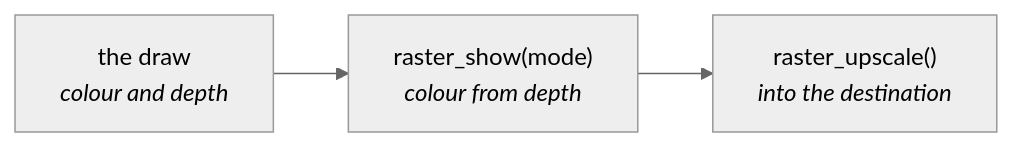
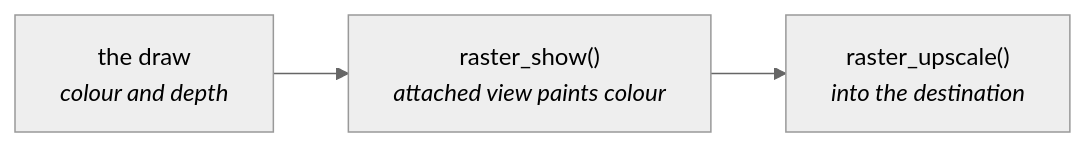
One commit to jose-villegas/autana changed the third of 4 diagrams in docs/render/Mesh-Rendering.md. Above: the diagram before and after it, drawn with Mermaid (neutral theme). The commit also changed other lines of this file and 36 other files, not shown here.

````diff
--- a/docs/render/Mesh-Rendering.md
+++ b/docs/render/Mesh-Rendering.md
@@ -188,5 +193,5 @@
 ```mermaid
 flowchart LR
     Render["the draw<br/><i>colour and depth</i>"] --> Show
-    Show["raster_show(mode)<br/><i>colour from depth</i>"] --> Upscale["raster_upscale()<br/><i>into the destination</i>"]
+    Show["raster_show()<br/><i>attached view paints colour</i>"] --> Upscale["raster_upscale()<br/><i>into the destination</i>"]
 ```
````
